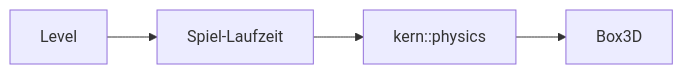
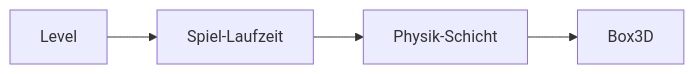
The diagram in kern/docs/buch-gelb/06-physik.md (ChristianHohlfeld/kernengine.de), drawn with Mermaid before and after one commit. The commit also changed other lines of this file and 2 other files, not shown here.

````diff
--- a/kern/docs/buch-gelb/06-physik.md
+++ b/kern/docs/buch-gelb/06-physik.md
@@ -23,6 +47,6 @@
 ```mermaid
 flowchart LR
   L["Level"] --> R["Spiel-Laufzeit"]
-  R --> P["kern::physics"]
+  R --> P["Physik-Schicht"]
   P --> B["Box3D"]
 ```
````
